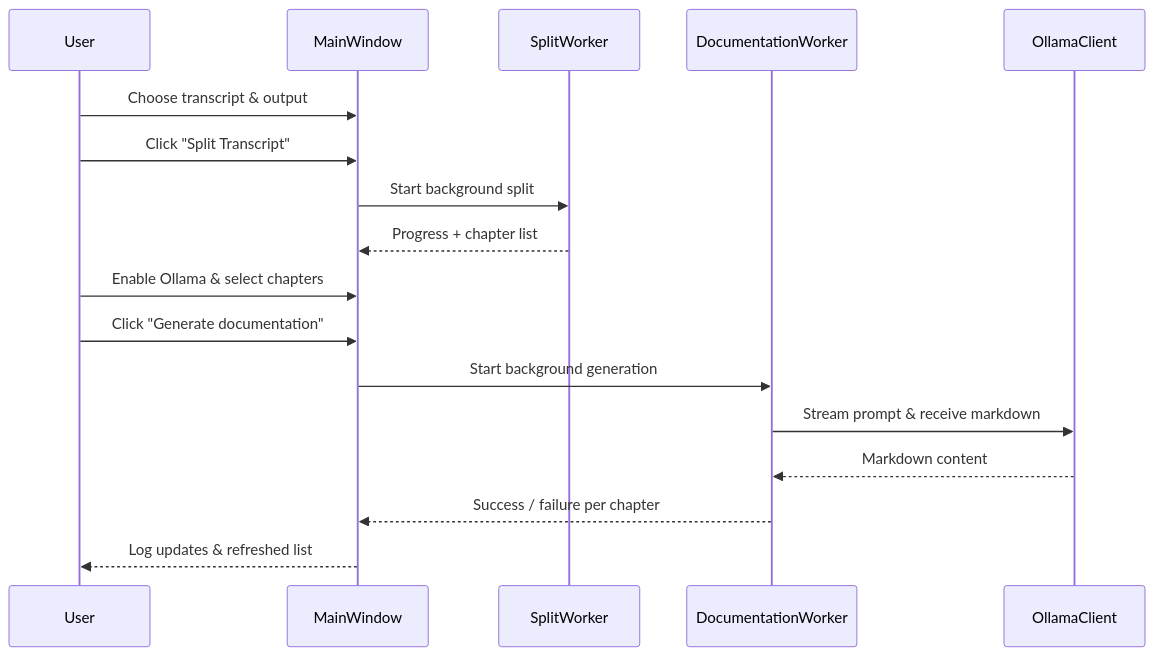
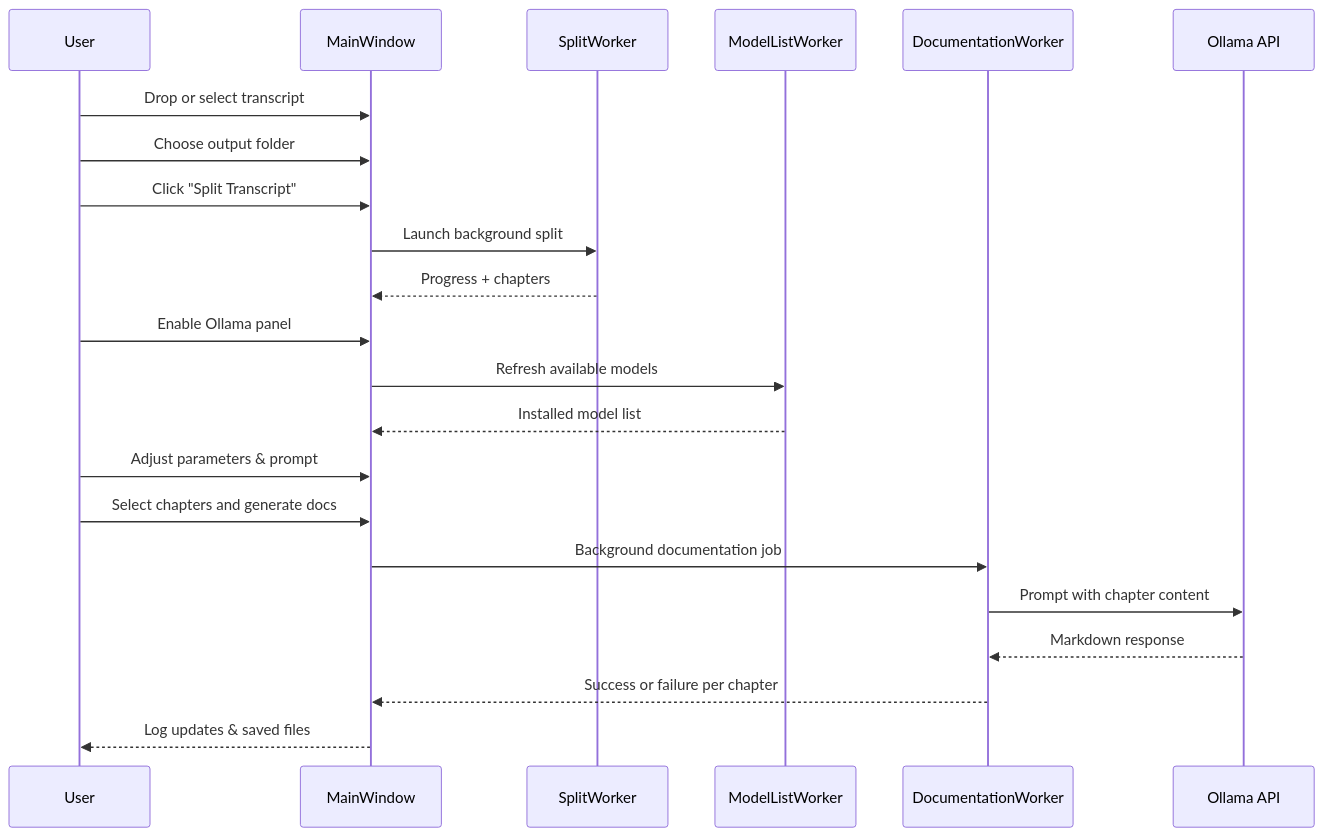
The second of 2 diagrams in README.md (CagriCatik/Docalypt), drawn with Mermaid before and after one commit. The commit also changed other lines of this file and 1 other file, not shown here.

Commit message:
Stabilize model refresh thread and refresh docs

````diff
--- a/README.md
+++ b/README.md
@@ -52,20 +53,25 @@
 ```mermaid
 sequenceDiagram
     participant U as User
-    participant M as MainWindow
+    participant W as MainWindow
     participant S as SplitWorker
+    participant M as ModelListWorker
     participant D as DocumentationWorker
-    participant O as OllamaClient
+    participant O as Ollama API
 
-    U->>M: Choose transcript & output
-    U->>M: Click "Split Transcript"
-    M->>S: Start background split
-    S-->>M: Progress + chapter list
-    U->>M: Enable Ollama & select chapters
-    U->>M: Click "Generate documentation"
-    M->>D: Start background generation
-    D->>O: Stream prompt & receive markdown
-    O-->>D: Markdown content
-    D-->>M: Success / failure per chapter
-    M-->>U: Log updates & refreshed list
+    U->>W: Drop or select transcript
+    U->>W: Choose output folder
+    U->>W: Click "Split Transcript"
+    W->>S: Launch background split
+    S-->>W: Progress + chapters
+    U->>W: Enable Ollama panel
+    W->>M: Refresh available models
+    M-->>W: Installed model list
+    U->>W: Adjust parameters & prompt
+    U->>W: Select chapters and generate docs
+    W->>D: Background documentation job
+    D->>O: Prompt with chapter content
+    O-->>D: Markdown response
+    D-->>W: Success or failure per chapter
+    W-->>U: Log updates & saved files
 ```
````
